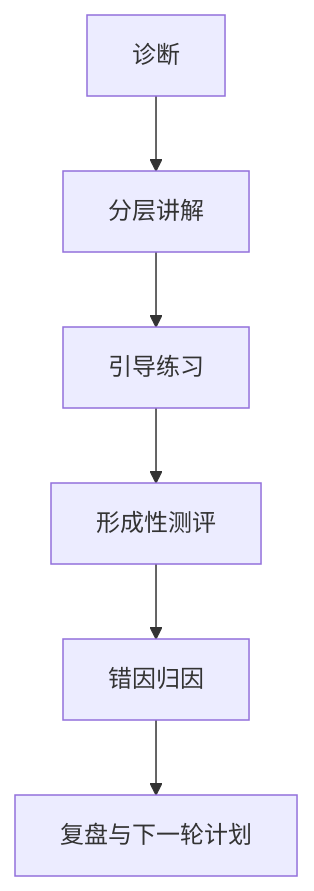
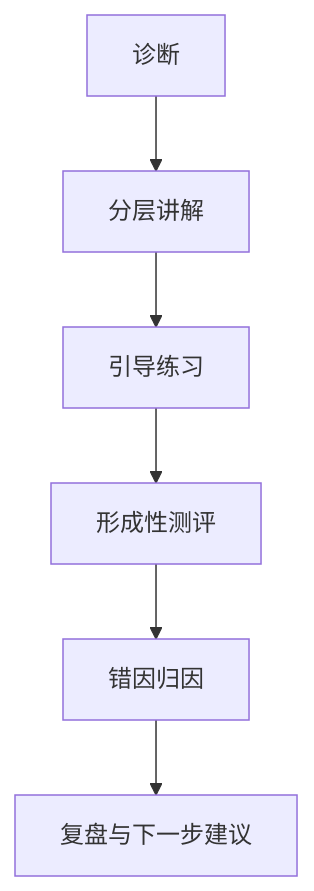
The diagram in doc/智能体文档/子引擎层/AI教师子引擎-教学策略设计.md (chenqsq/doc-showcase), drawn with Mermaid before and after one commit. The commit also changed other lines of this file and 20 other files, not shown here.

````diff
--- a/doc/智能体文档/子引擎层/AI教师子引擎-教学策略设计.md
+++ b/doc/智能体文档/子引擎层/AI教师子引擎-教学策略设计.md
@@ -68,8 +54,8 @@
 ```mermaid
 flowchart TD
     A["诊断"] --> B["分层讲解"]
     B --> C["引导练习"]
     C --> D["形成性测评"]
     D --> E["错因归因"]
-    E --> F["复盘与下一轮计划"]
+    E --> F["复盘与下一步建议"]
 ```
````
